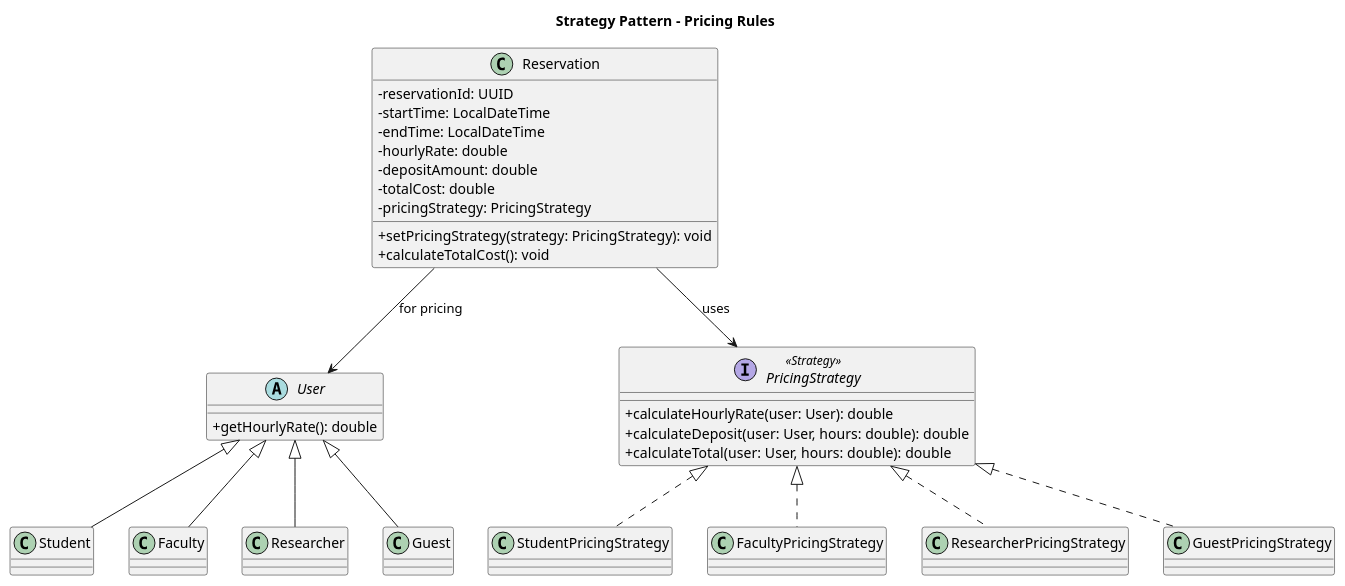
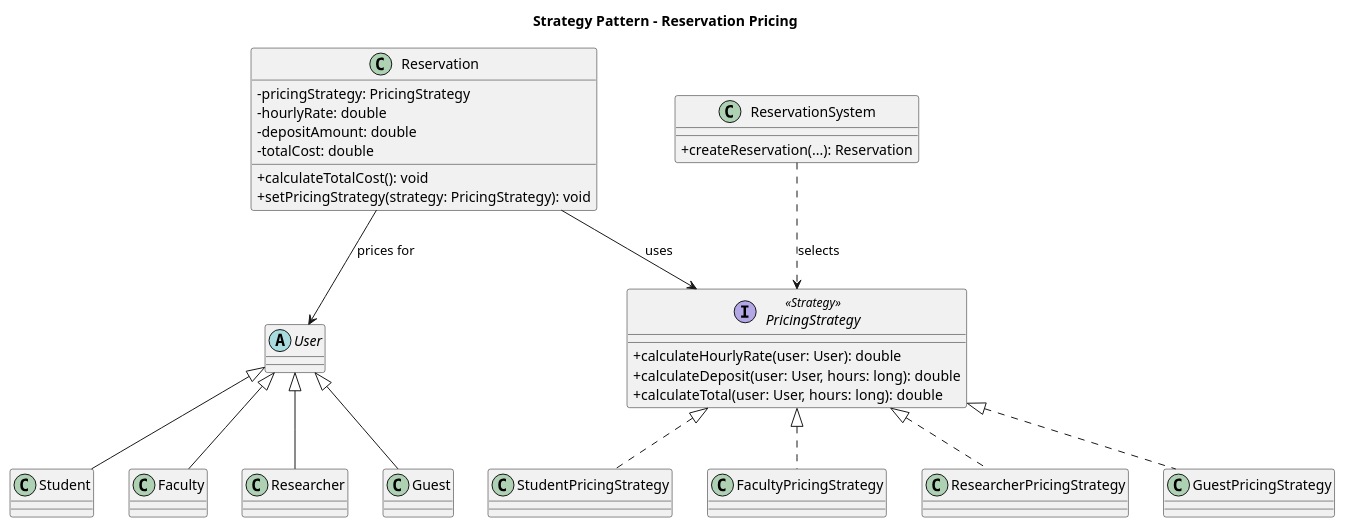
Before and after one commit to Decpalm/EECS_3311_Reservation_System: the diagram in diagrams/plantuml/figure4_strategy.puml, drawn with PlantUML.

```diff
--- a/diagrams/plantuml/figure4_strategy.puml
+++ b/diagrams/plantuml/figure4_strategy.puml
@@ -1,51 +1,50 @@
 @startuml
-title Strategy Pattern - Pricing Rules
+title Strategy Pattern - Reservation Pricing
 
 skinparam classAttributeIconSize 0
 skinparam shadowing false
 
-abstract class User {
-  + getHourlyRate(): double
-}
-
+abstract class User
 class Student
 class Faculty
 class Researcher
 class Guest
 
-class Reservation {
-  - reservationId: UUID
-  - startTime: LocalDateTime
-  - endTime: LocalDateTime
-  - hourlyRate: double
-  - depositAmount: double
-  - totalCost: double
-  - pricingStrategy: PricingStrategy
-  + setPricingStrategy(strategy: PricingStrategy): void
-  + calculateTotalCost(): void
-}
+User <|-- Student
+User <|-- Faculty
+User <|-- Researcher
+User <|-- Guest
 
 interface PricingStrategy <<Strategy>> {
   + calculateHourlyRate(user: User): double
-  + calculateDeposit(user: User, hours: double): double
-  + calculateTotal(user: User, hours: double): double
+  + calculateDeposit(user: User, hours: long): double
+  + calculateTotal(user: User, hours: long): double
 }
 
 class StudentPricingStrategy
 class FacultyPricingStrategy
 class ResearcherPricingStrategy
 class GuestPricingStrategy
 
-User <|-- Student
-User <|-- Faculty
-User <|-- Researcher
-User <|-- Guest
-
 PricingStrategy <|.. StudentPricingStrategy
 PricingStrategy <|.. FacultyPricingStrategy
 PricingStrategy <|.. ResearcherPricingStrategy
 PricingStrategy <|.. GuestPricingStrategy
 
+class Reservation {
+  - pricingStrategy: PricingStrategy
+  - hourlyRate: double
+  - depositAmount: double
+  - totalCost: double
+  + calculateTotalCost(): void
+  + setPricingStrategy(strategy: PricingStrategy): void
+}
+
+class ReservationSystem {
+  + createReservation(...): Reservation
+}
+
 Reservation --> PricingStrategy : uses
-Reservation --> User : for pricing
+ReservationSystem ..> PricingStrategy : selects
+Reservation --> User : prices for
 @enduml
```
